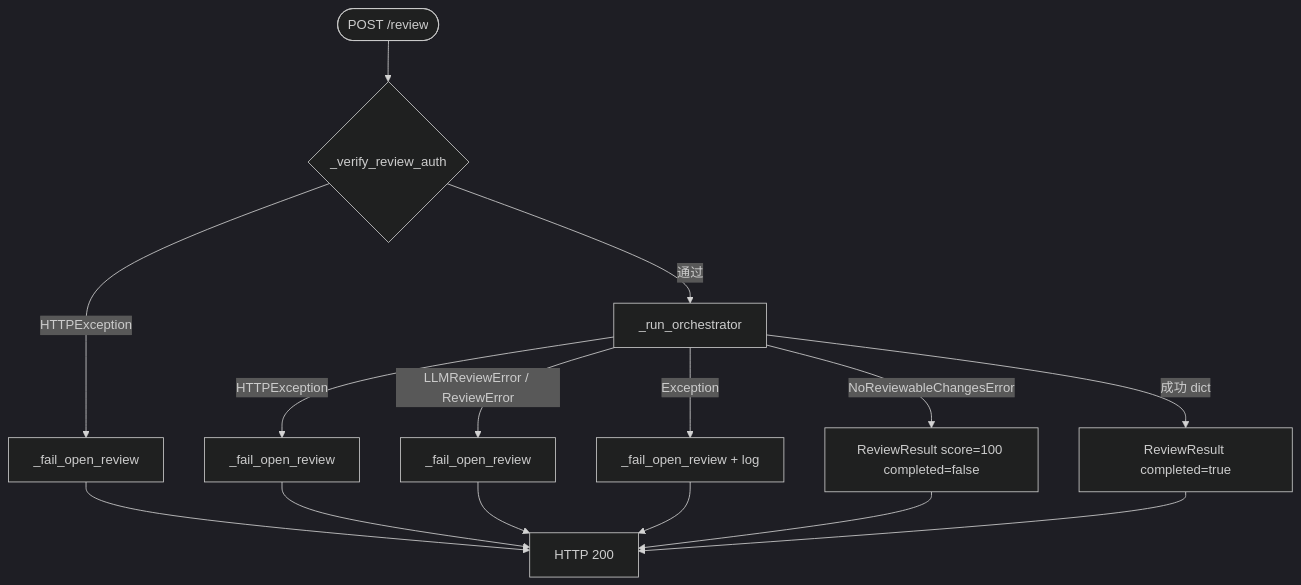
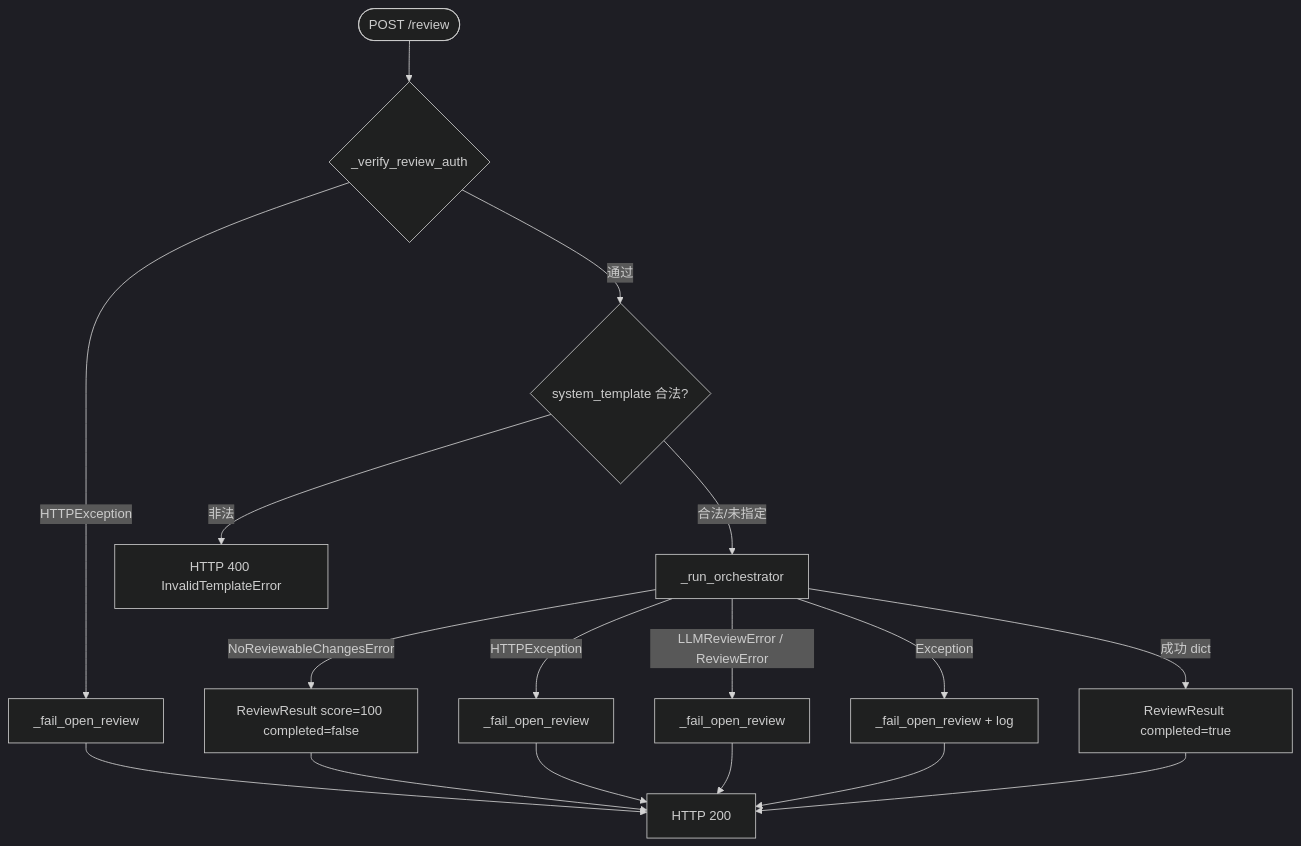
Before and after one commit to david999/ai_native: the second of 9 diagrams in docs/CODE_REFERENCE.md, drawn with Mermaid (dark theme). The commit also changed other lines of this file and 49 other files, not shown here.

````diff
--- a/docs/CODE_REFERENCE.md
+++ b/docs/CODE_REFERENCE.md
@@ -225,17 +229,19 @@
 ```mermaid
 flowchart TD
     Start([POST /review]) --> Auth{_verify_review_auth}
     Auth -->|HTTPException| FO1[_fail_open_review]
-    Auth -->|通过| Run[_run_orchestrator]
+    Auth -->|通过| Tpl{system_template 合法?}
+    Tpl -->|非法| E400[HTTP 400 InvalidTemplateError]
+    Tpl -->|合法/未指定| Run[_run_orchestrator]
     Run -->|NoReviewableChangesError| NR[ReviewResult score=100 completed=false]
     Run -->|HTTPException| FO2[_fail_open_review]
     Run -->|LLMReviewError / ReviewError| FO3[_fail_open_review]
     Run -->|Exception| FO4[_fail_open_review + log]
     Run -->|成功 dict| OK[ReviewResult completed=true]
     FO1 --> R200[HTTP 200]
     FO2 --> R200
     FO3 --> R200
     FO4 --> R200
     NR --> R200
     OK --> R200
 ```
````
